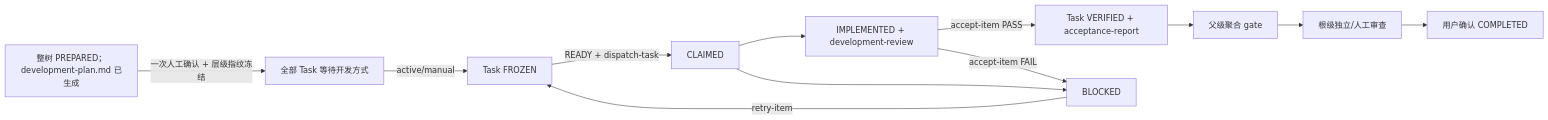
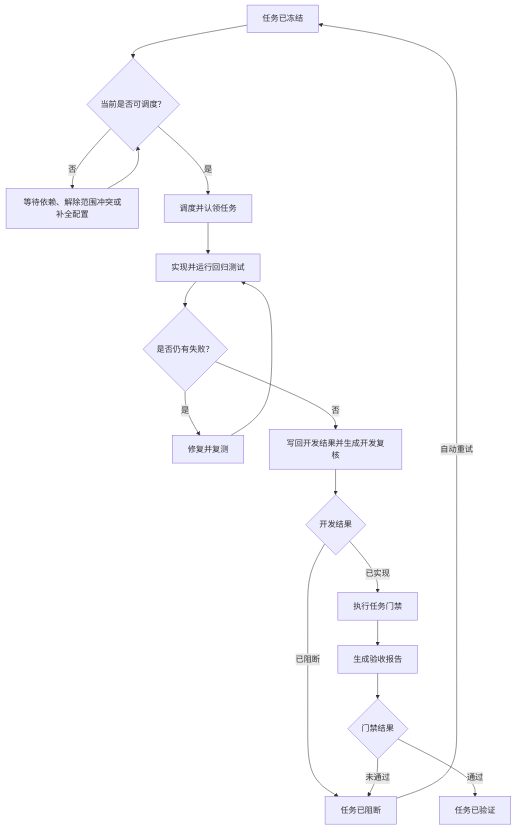
The third of 4 diagrams in skills/hierarchical-delivery-governance/references/workflow.md (feng123321li/gated-ai-dev-loop), drawn with Mermaid before and after one commit. The commit also changed other lines of this file and 38 other files, not shown here.

````diff
--- a/skills/hierarchical-delivery-governance/references/workflow.md
+++ b/skills/hierarchical-delivery-governance/references/workflow.md
@@ -51,14 +73,20 @@
 ```mermaid
-flowchart LR
-    P["整树 PREPARED；development-plan.md 已生成"] -->|"一次人工确认 + 层级指纹冻结"| M["全部 Task 等待开发方式"]
-    M -->|"active/manual"| F["Task FROZEN"]
-    F -->|"READY + dispatch-task"| C["CLAIMED"]
-    C --> I["IMPLEMENTED + development-review"]
-    C --> B["BLOCKED"]
-    I -->|"accept-item PASS"| V["Task VERIFIED + acceptance-report"]
-    I -->|"accept-item FAIL"| B
-    B -->|"retry-item"| F
-    V --> A["父级聚合 gate"]
-    A --> R["根级独立/人工审查"]
-    R --> U["用户确认 COMPLETED"]
+flowchart TD
+    A["任务已冻结"] --> B{"当前是否可调度？"}
+    B -->|"否"| W["等待依赖、解除范围冲突或补全配置"]
+    W --> B
+    B -->|"是"| C["调度并认领任务"]
+    C --> D["实现并运行回归测试"]
+    D --> E{"是否仍有失败？"}
+    E -->|"是"| F["修复并复测"]
+    F --> D
+    E -->|"否"| G["写回开发结果并生成开发复核"]
+    G --> R{"开发结果"}
+    R -->|"已阻断"| X["任务已阻断"]
+    X -->|"自动重试"| A
+    R -->|"已实现"| M["执行任务门禁"]
+    M --> N["生成验收报告"]
+    N --> O{"门禁结果"}
+    O -->|"未通过"| X
+    O -->|"通过"| V["任务已验证"]
 ```
````
